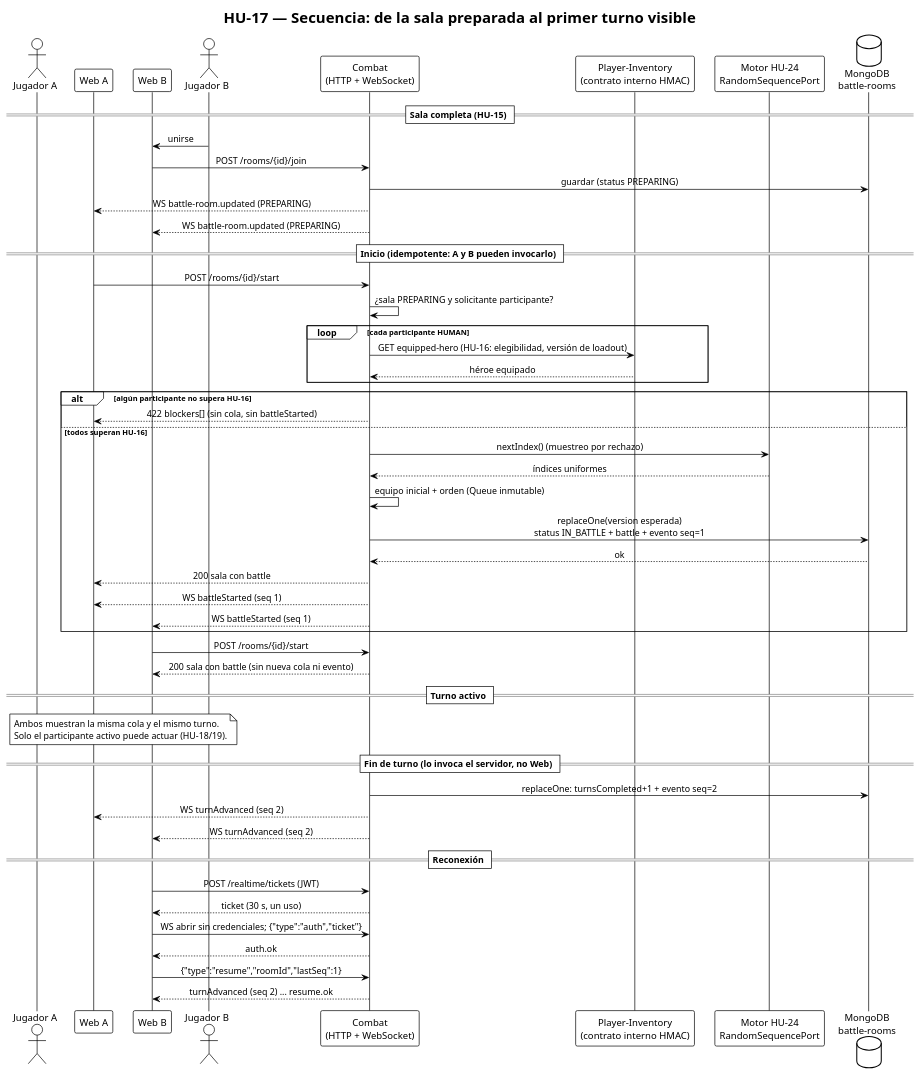
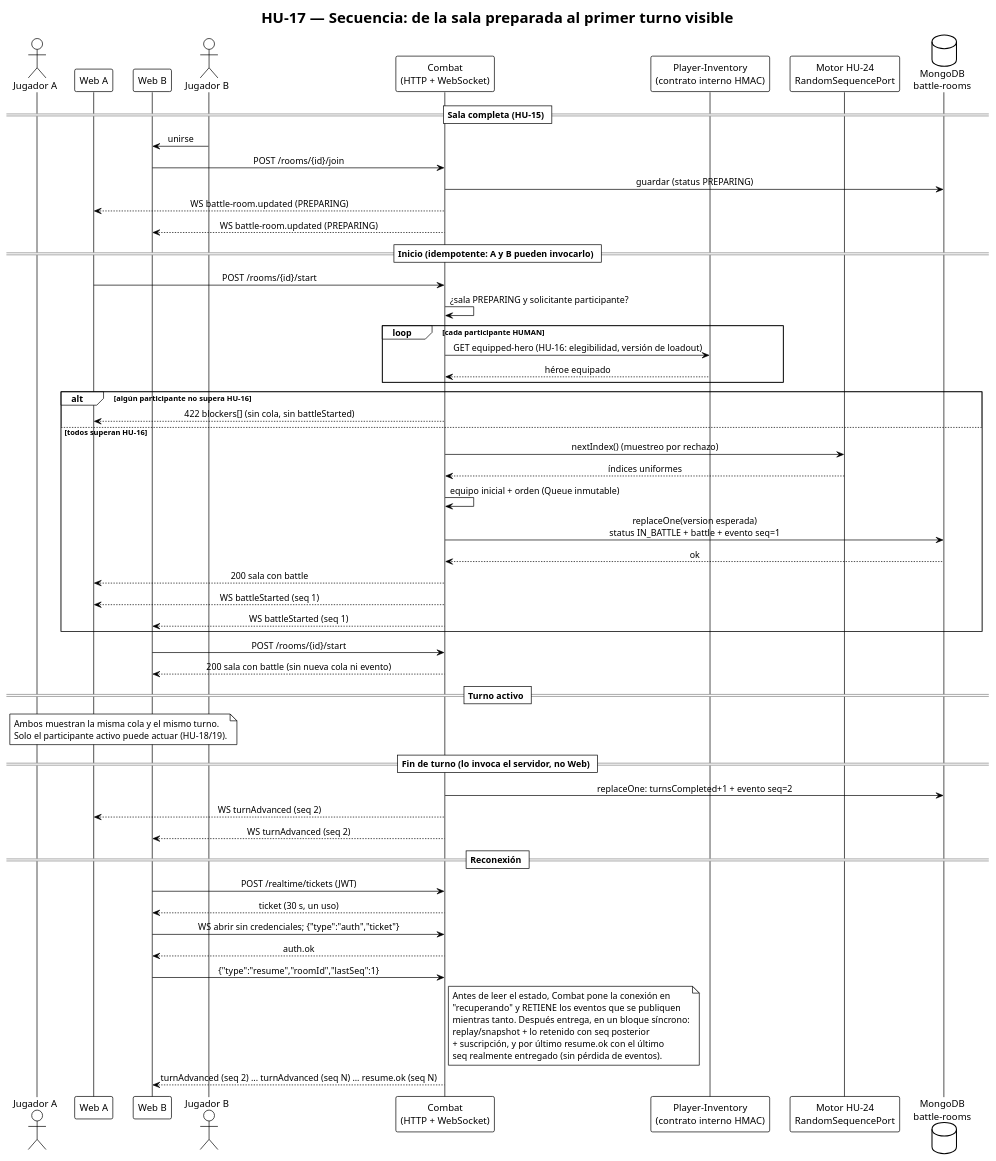
Before and after one commit to Nexus-Battle-VI/Nexus-Battle-Infrastructure: the diagram in docs/diagrams/hu-17-sequence-battle-start.puml, drawn with PlantUML. The commit also changed 3 other files, not shown here.

First line of the commit message:
docs(architecture): [HU-17] precisar quien inicia, equipos desiguales, semilla y resume sin perdida

```diff
--- a/docs/diagrams/hu-17-sequence-battle-start.puml
+++ b/docs/diagrams/hu-17-sequence-battle-start.puml
@@ -1,62 +1,70 @@
 @startuml hu-17-sequence-battle-start
 !theme plain
 title HU-17 — Secuencia: de la sala preparada al primer turno visible
 
 skinparam defaultFontName sans-serif
 skinparam sequenceMessageAlign center
 skinparam shadowing false
 
 actor "Jugador A" as ua
 participant "Web A" as wa
 participant "Web B" as wb
 actor "Jugador B" as ub
 participant "Combat\n(HTTP + WebSocket)" as combat
 participant "Player-Inventory\n(contrato interno HMAC)" as pi
 participant "Motor HU-24\nRandomSequencePort" as rng
 database "MongoDB\nbattle-rooms" as mongo
 
 == Sala completa (HU-15) ==
 ub -> wb : unirse
 wb -> combat : POST /rooms/{id}/join
 combat -> mongo : guardar (status PREPARING)
 combat --> wa : WS battle-room.updated (PREPARING)
 combat --> wb : WS battle-room.updated (PREPARING)
 
 == Inicio (idempotente: A y B pueden invocarlo) ==
 wa -> combat : POST /rooms/{id}/start
 combat -> combat : ¿sala PREPARING y solicitante participante?
 loop cada participante HUMAN
   combat -> pi : GET equipped-hero (HU-16: elegibilidad, versión de loadout)
   pi --> combat : héroe equipado
 end
 alt algún participante no supera HU-16
   combat --> wa : 422 blockers[] (sin cola, sin battleStarted)
 else todos superan HU-16
   combat -> rng : nextIndex() (muestreo por rechazo)
   rng --> combat : índices uniformes
   combat -> combat : equipo inicial + orden (Queue inmutable)
   combat -> mongo : replaceOne(version esperada)\nstatus IN_BATTLE + battle + evento seq=1
   mongo --> combat : ok
   combat --> wa : 200 sala con battle
   combat --> wa : WS battleStarted (seq 1)
   combat --> wb : WS battleStarted (seq 1)
 end
 wb -> combat : POST /rooms/{id}/start
 combat --> wb : 200 sala con battle (sin nueva cola ni evento)
 
 == Turno activo ==
 note over wa, wb : Ambos muestran la misma cola y el mismo turno.\nSolo el participante activo puede actuar (HU-18/19).
 
 == Fin de turno (lo invoca el servidor, no Web) ==
 combat -> mongo : replaceOne: turnsCompleted+1 + evento seq=2
 combat --> wa : WS turnAdvanced (seq 2)
 combat --> wb : WS turnAdvanced (seq 2)
 
 == Reconexión ==
 wb -> combat : POST /realtime/tickets (JWT)
 combat --> wb : ticket (30 s, un uso)
 wb -> combat : WS abrir sin credenciales; {"type":"auth","ticket"}
 combat --> wb : auth.ok
 wb -> combat : {"type":"resume","roomId","lastSeq":1}
-combat --> wb : turnAdvanced (seq 2) ... resume.ok
+note right of combat
+  Antes de leer el estado, Combat pone la conexión en
+  "recuperando" y RETIENE los eventos que se publiquen
+  mientras tanto. Después entrega, en un bloque síncrono:
+  replay/snapshot + lo retenido con seq posterior
+  + suscripción, y por último resume.ok con el último
+  seq realmente entregado (sin pérdida de eventos).
+end note
+combat --> wb : turnAdvanced (seq 2) ... turnAdvanced (seq N) ... resume.ok (seq N)
 @enduml
```
